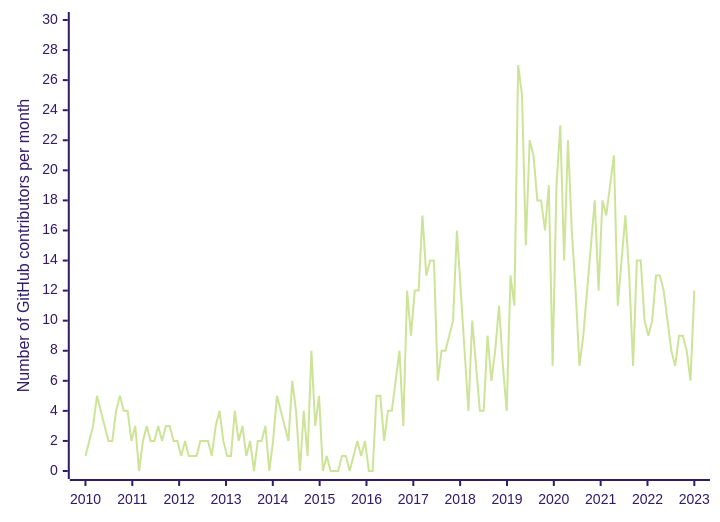
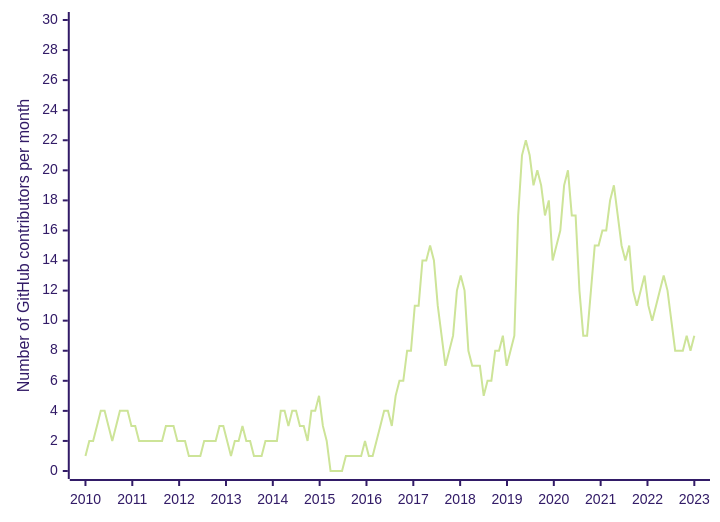
The third of 3 diagrams in src/pages/usage.md (OpenRefine/openrefine.org), drawn with Mermaid before and after one commit. The commit also changed other lines of this file and 2 other files, not shown here.

````diff
--- a/src/pages/usage.md
+++ b/src/pages/usage.md
@@ -92,7 +69,7 @@
 ```mermaid 
 %%{init: {'theme':'forest'}}%%
 xychart-beta 
     x-axis   2010 --> 2023
     y-axis "Number of GitHub contributors per month" 0 --> 30 
-    line [1,2,3,5,4,3,2,2,4,5,4,4,2,3,0,2,3,2,2,3,2,3,3,2,2,1,2,1,1,1,2,2,2,1,3,4,2,1,1,4,2,3,1,2,0,2,2,3,0,2,5,4,3,2,6,4,0,4,1,8,3,5,0,1,0,0,0,1,1,0,1,2,1,2,0,0,5,5,2,4,4,6,8,3,12,9,12,12,17,13,14,14,6,8,8,9,10,16,12,8,4,10,7,4,4,9,6,8,11,7,4,13,11,27,25,15,22,21,18,18,16,19,7,19,23,14,22,16,12,7,9,12,15,18,12,18,17,19,21,11,14,17,13,7,14,14,10,9,10,13,13,12,10,8,7,9,9,8,6,12]
+    line [1,2,2,3,4,4,3,2,3,4,4,4,3,3,2,2,2,2,2,2,2,3,3,3,2,2,2,1,1,1,1,2,2,2,2,3,3,2,1,2,2,3,2,2,1,1,1,2,2,2,2,4,4,3,4,4,3,3,2,4,4,5,3,2,0,0,0,0,1,1,1,1,1,2,1,1,2,3,4,4,3,5,6,6,8,8,11,11,14,14,15,14,11,9,7,8,9,12,13,12,8,7,7,7,5,6,6,8,8,9,7,8,9,17,21,22,21,19,20,19,17,18,14,15,16,19,20,17,17,12,9,9,12,15,15,16,16,18,19,17,15,14,15,12,11,12,13,11,10,11,12,13,12,10,8,8,8,9,8,9]
 ```
````
